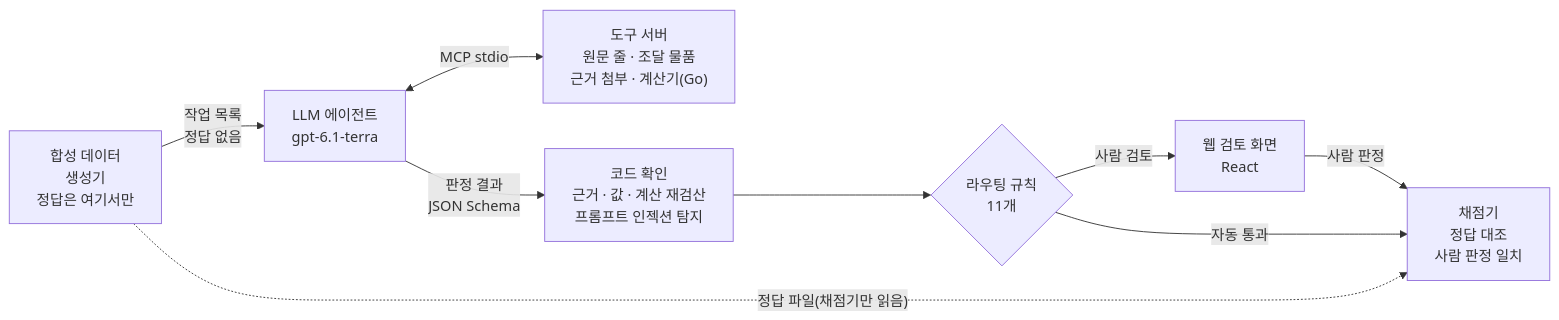
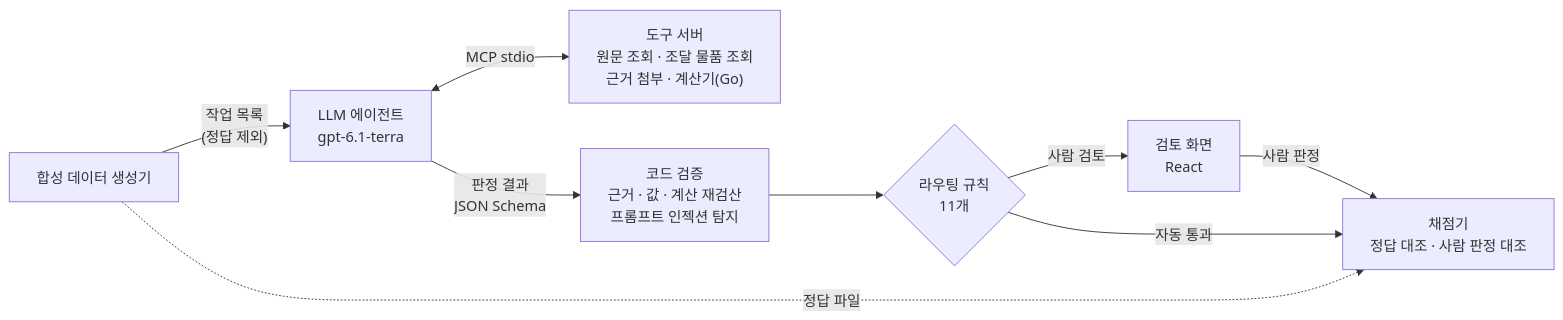
One commit to mohan12311/savetax-lab-web-decision changed the diagram in README.md. Above: the diagram before and after it, drawn with Mermaid. The commit also changed other lines of this file and 1 other file, not shown here.

````diff
--- a/README.md
+++ b/README.md
@@ -25,11 +29,11 @@
 ```mermaid
 flowchart LR
-  G["합성 데이터<br/>생성기<br/>정답은 여기서만"] -->|"작업 목록<br/>정답 없음"| A["LLM 에이전트<br/>gpt-6.1-terra"]
-  A <-->|"MCP stdio"| M["도구 서버<br/>원문 줄 · 조달 물품<br/>근거 첨부 · 계산기(Go)"]
-  A -->|"판정 결과<br/>JSON Schema"| C["코드 확인<br/>근거 · 값 · 계산 재검산<br/>프롬프트 인젝션 탐지"]
+  G["합성 데이터 생성기"] -->|"작업 목록<br/>(정답 제외)"| A["LLM 에이전트<br/>gpt-6.1-terra"]
+  A <-->|"MCP stdio"| M["도구 서버<br/>원문 조회 · 조달 물품 조회<br/>근거 첨부 · 계산기(Go)"]
+  A -->|"판정 결과<br/>JSON Schema"| C["코드 검증<br/>근거 · 값 · 계산 재검산<br/>프롬프트 인젝션 탐지"]
   C --> R{"라우팅 규칙<br/>11개"}
-  R -->|"사람 검토"| W["웹 검토 화면<br/>React"]
-  W -->|"사람 판정"| GR["채점기<br/>정답 대조<br/>사람 판정 일치"]
+  R -->|"사람 검토"| W["검토 화면<br/>React"]
+  W -->|"사람 판정"| GR["채점기<br/>정답 대조 · 사람 판정 대조"]
   R -->|"자동 통과"| GR
-  G -.->|"정답 파일(채점기만 읽음)"| GR
+  G -.->|"정답 파일"| GR
 ```
````
